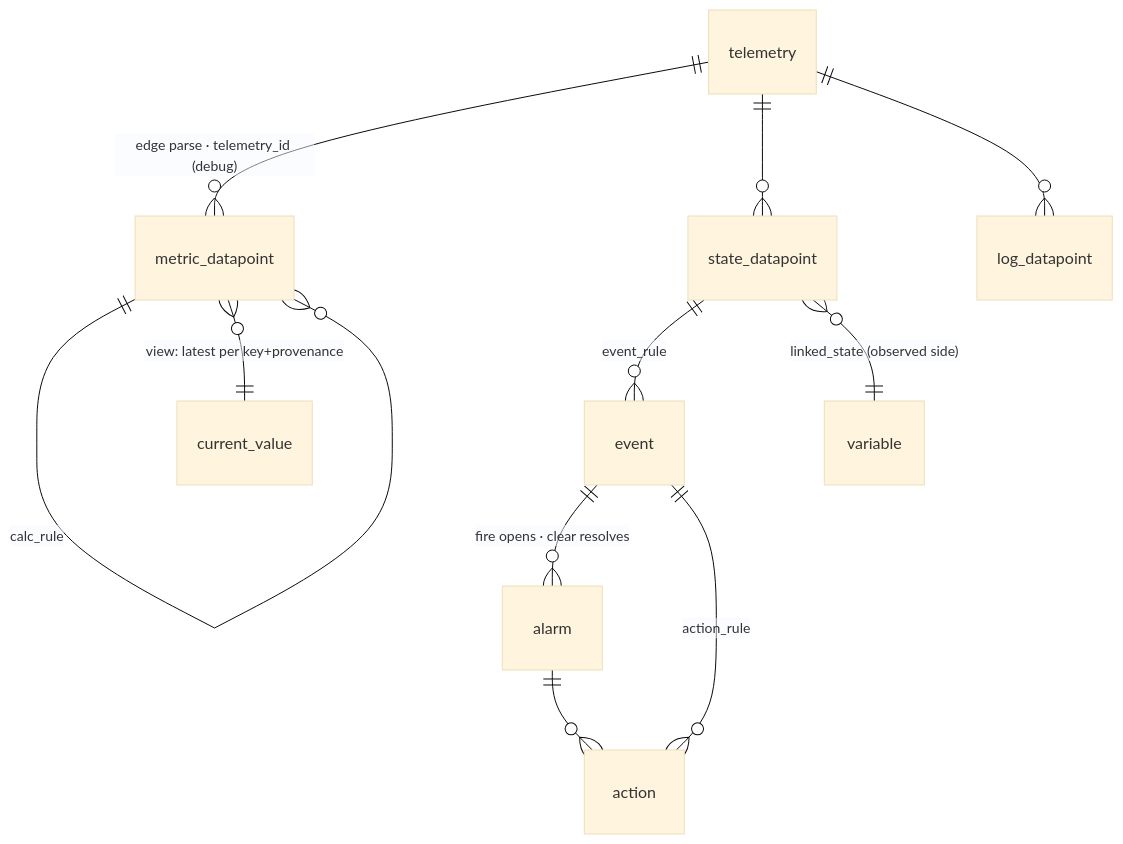
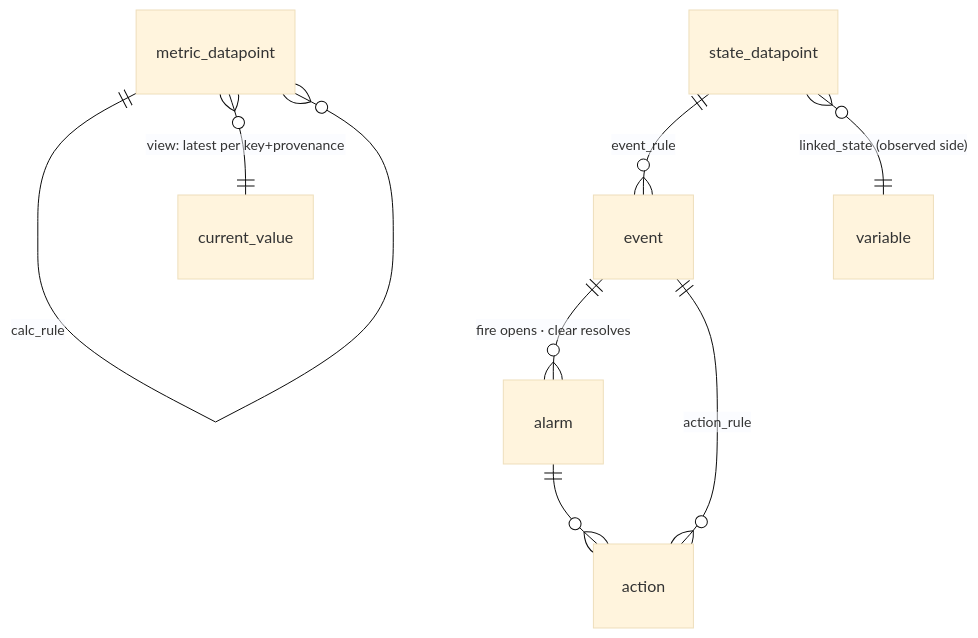
Before and after one commit to hyperscaleav/omniglass: the first of 2 diagrams in docs/src/content/docs/architecture/storage.md, drawn with Mermaid (base theme). The commit also changed other lines of this file and 8 other files, not shown here.

First line of the commit message:
docs(architecture): drop the telemetry table; raw only on failure + dev tap

````diff
--- a/docs/src/content/docs/architecture/storage.md
+++ b/docs/src/content/docs/architecture/storage.md
@@ -42,13 +43,10 @@
 ```mermaid
 erDiagram
-  telemetry ||--o{ metric_datapoint : "edge parse · telemetry_id (debug)"
-  telemetry ||--o{ state_datapoint  : ""
-  telemetry ||--o{ log_datapoint    : ""
   metric_datapoint ||--o{ metric_datapoint : "calc_rule"
   state_datapoint  ||--o{ event     : "event_rule"
   event ||--o{ alarm : "fire opens · clear resolves"
   event ||--o{ action : "action_rule"
   alarm ||--o{ action : ""
   metric_datapoint }o--|| current_value : "view: latest per key+provenance"
   state_datapoint  }o--|| variable : "linked_state (observed side)"
 ```
````
